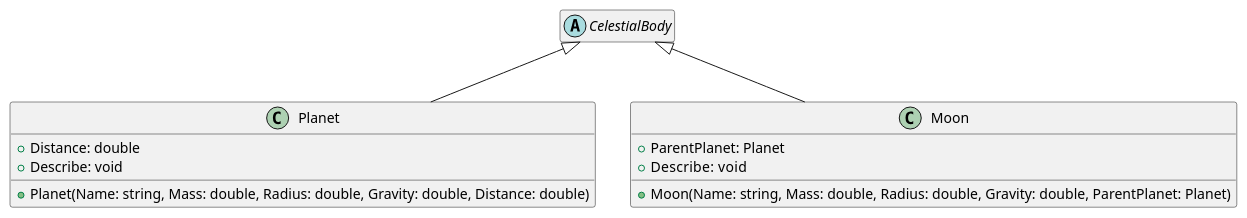
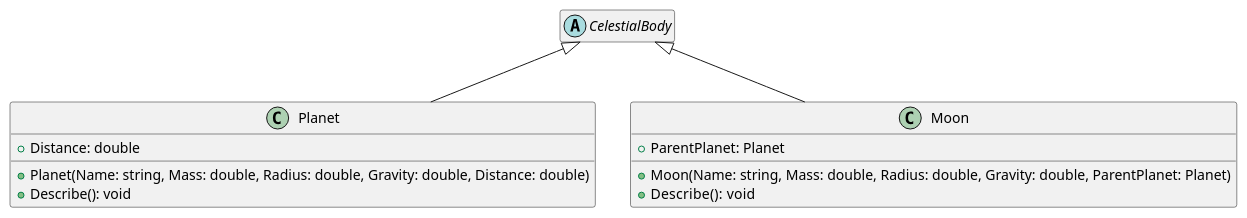
The diagram in Practice/diagrams/CelestialInheritance.wsd (zcomert/MYAZ203205-Nesne-Yonelimli-Programlama), drawn with PlantUML before and after one commit. The commit also changed 3 other files, not shown here.

```diff
--- a/Practice/diagrams/CelestialInheritance.wsd
+++ b/Practice/diagrams/CelestialInheritance.wsd
@@ -1,21 +1,21 @@
 @startuml CelestialInheritance
 abstract class CelestialBody{}
 
 class Planet {
     + Distance: double
     + Planet(Name: string, Mass: double, Radius: double, Gravity: double, Distance: double)
-    + Describe: void
+    + Describe(): void
 }
 
 class Moon {
     + ParentPlanet: Planet
     + Moon(Name: string, Mass: double, Radius: double, Gravity: double, ParentPlanet: Planet)
-    + Describe:  void
+    + Describe():  void
 }
 
 Planet -up-|> CelestialBody
 Moon -up-|> CelestialBody
 
 hide empty fields
 hide empty methods
 @enduml
```
